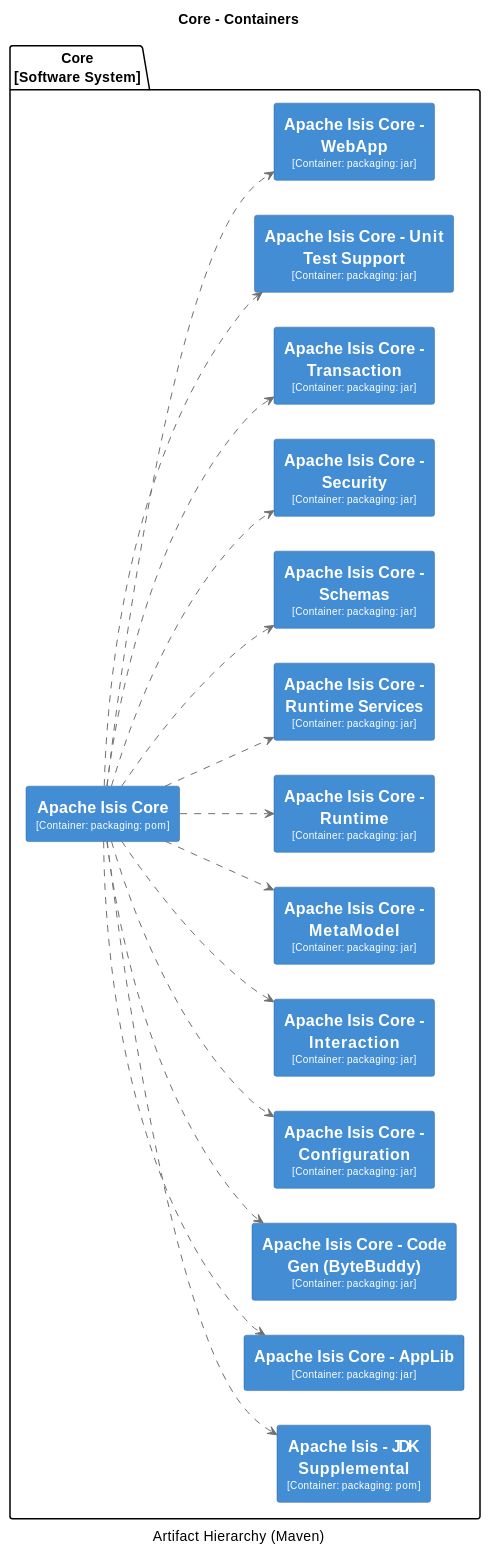
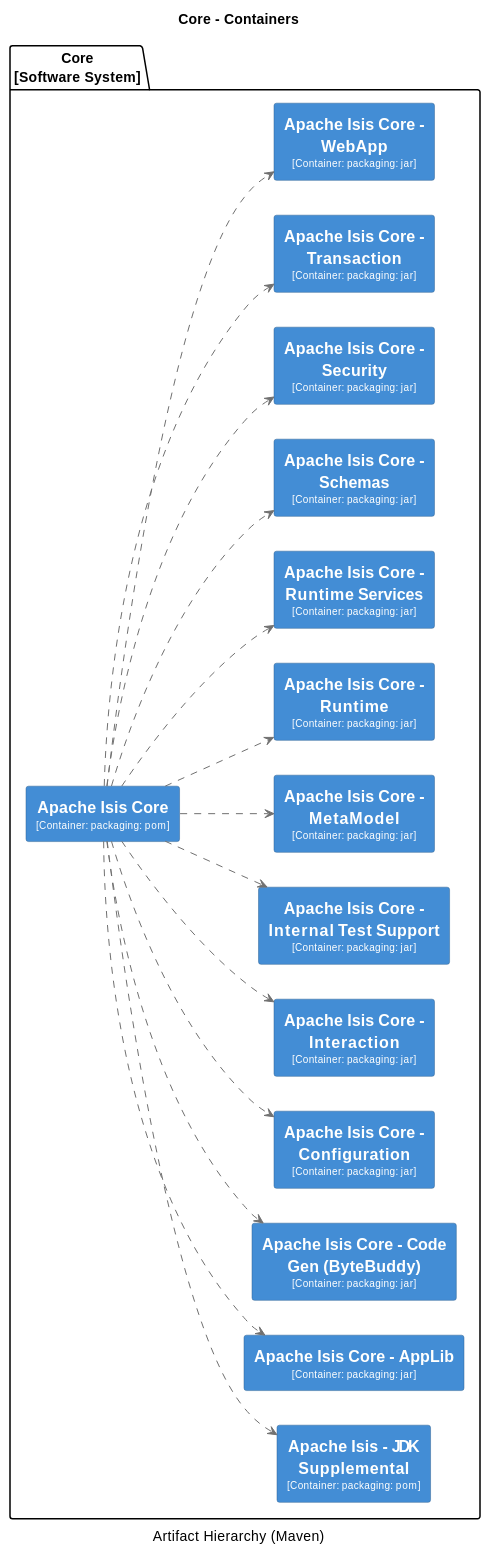
Before and after one commit to apache/causeway: the seventh of 38 diagrams in core/adoc/modules/_overview/pages/about.adoc, drawn with PlantUML. The commit also changed other lines of this file and 64 other files, not shown here.

```diff
--- a/core/adoc/modules/_overview/pages/about.adoc
+++ b/core/adoc/modules/_overview/pages/about.adoc
@@ -1444,13 +1447,13 @@
   rectangle "==Apache Isis Core - Code Gen (ByteBuddy)\n<size:10>[Container: packaging: jar]</size>" <<4>> as 4
   rectangle "==Apache Isis Core - Configuration\n<size:10>[Container: packaging: jar]</size>" <<5>> as 5
   rectangle "==Apache Isis Core - Interaction\n<size:10>[Container: packaging: jar]</size>" <<6>> as 6
+  rectangle "==Apache Isis Core - Internal Test Support\n<size:10>[Container: packaging: jar]</size>" <<7>> as 7
   rectangle "==Apache Isis Core - MetaModel\n<size:10>[Container: packaging: jar]</size>" <<8>> as 8
   rectangle "==Apache Isis Core - Runtime\n<size:10>[Container: packaging: jar]</size>" <<9>> as 9
   rectangle "==Apache Isis Core - Runtime Services\n<size:10>[Container: packaging: jar]</size>" <<10>> as 10
   rectangle "==Apache Isis Core - Schemas\n<size:10>[Container: packaging: jar]</size>" <<15>> as 15
   rectangle "==Apache Isis Core - Security\n<size:10>[Container: packaging: jar]</size>" <<11>> as 11
   rectangle "==Apache Isis Core - Transaction\n<size:10>[Container: packaging: jar]</size>" <<12>> as 12
-  rectangle "==Apache Isis Core - Unit Test Support\n<size:10>[Container: packaging: jar]</size>" <<7>> as 7
   rectangle "==Apache Isis Core - WebApp\n<size:10>[Container: packaging: jar]</size>" <<13>> as 13
 }
 2 .[#707070].> 14 : ""
@@ -1458,13 +1461,13 @@
 2 .[#707070].> 4 : ""
 2 .[#707070].> 5 : ""
 2 .[#707070].> 6 : ""
+2 .[#707070].> 7 : ""
 2 .[#707070].> 8 : ""
 2 .[#707070].> 9 : ""
 2 .[#707070].> 10 : ""
 2 .[#707070].> 15 : ""
 2 .[#707070].> 11 : ""
 2 .[#707070].> 12 : ""
-2 .[#707070].> 7 : ""
 2 .[#707070].> 13 : ""
 @enduml
 ----
```
